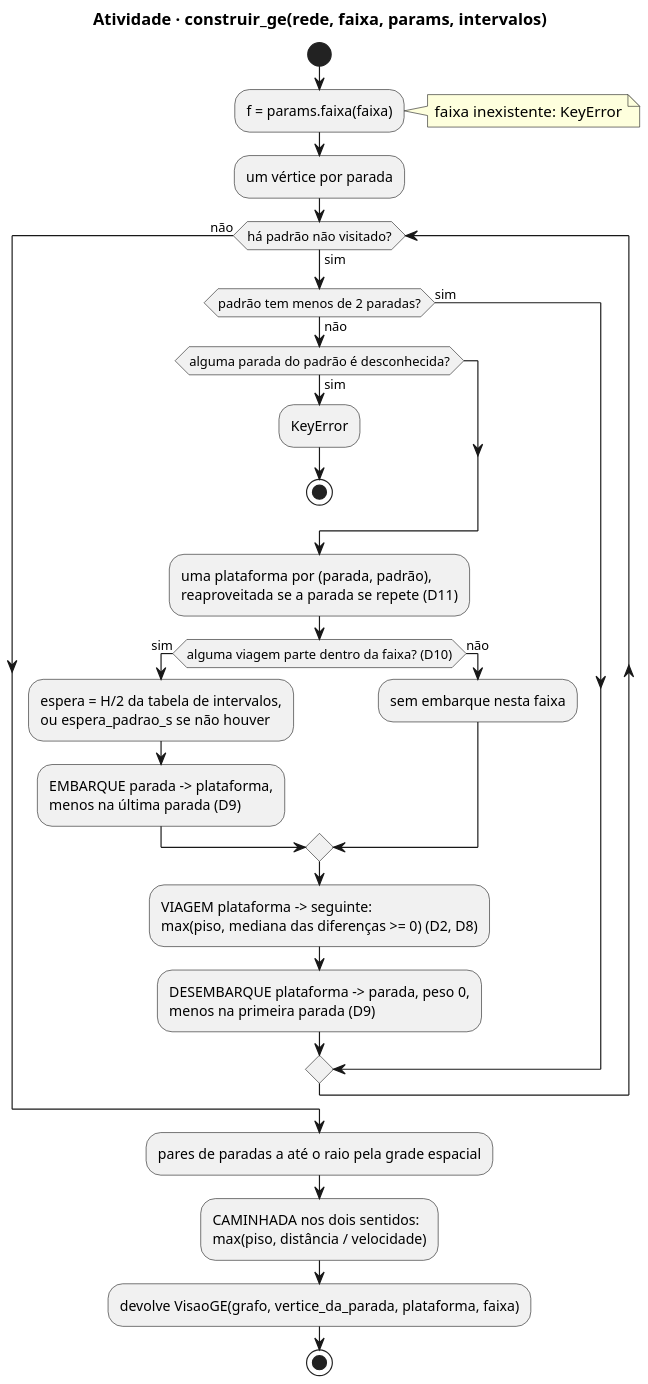
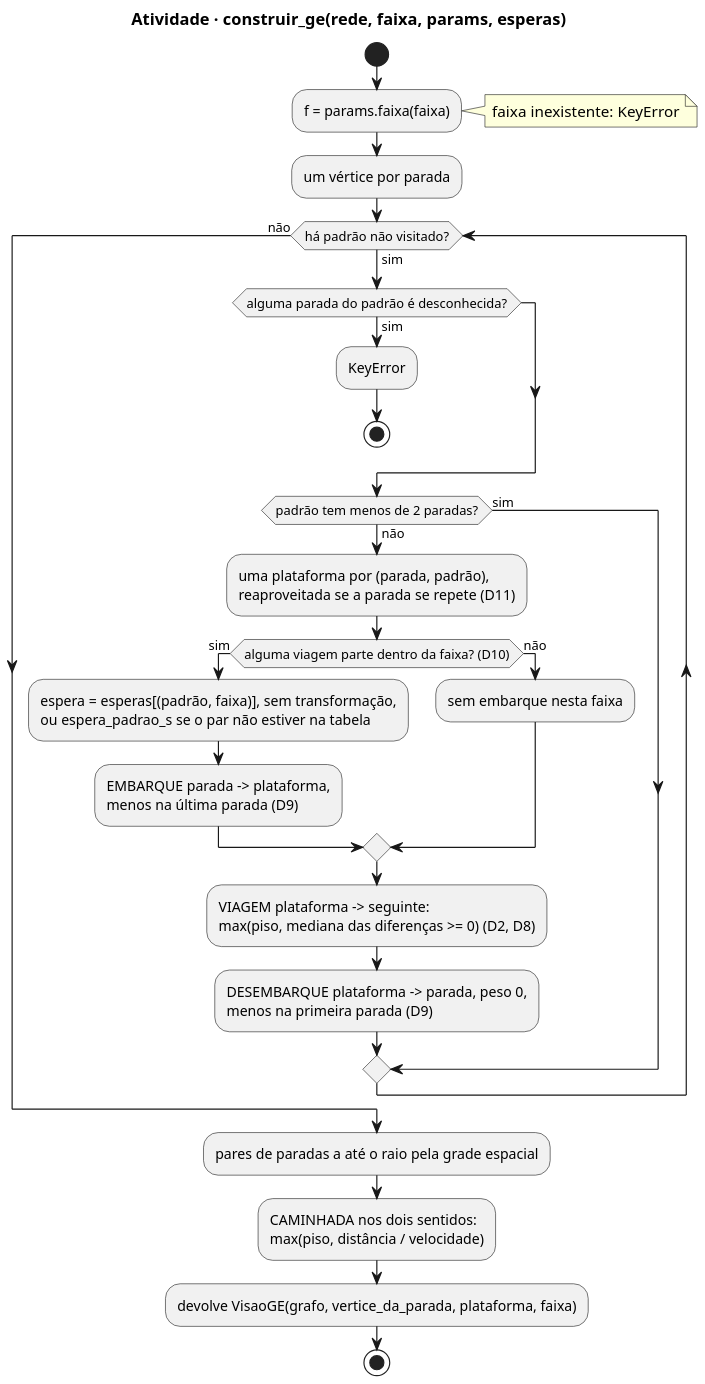
One commit to henriquegdc/grafos-transporte-bh changed the diagram in docs/diagramas/atividade-construir-ge.puml. Above: the diagram before and after it, drawn with PlantUML. The commit also changed 1 other file, not shown here.

Commit message:
docs(P0-MODELO): atividade de construir_ge com esperas e Plano com heapq e benchmarks
O diagrama ainda descrevia o construtor que recebia intervalos e tirava H/2, e passa a conferir as paradas antes de ignorar padrão curto; o Plano cita o heapq barrado pelo hook do #43 e a NetworkX nos scripts de medição (revisão do #41, itens 1 e 2).

```diff
--- a/docs/diagramas/atividade-construir-ge.puml
+++ b/docs/diagramas/atividade-construir-ge.puml
@@ -1,40 +1,40 @@
 @startuml atividade-construir-ge
 ' Diagrama de atividade de construir_ge (P0-MODELO, RF-GRF-05).
 ' Estado: implementado. Código: src/transporte/modelo/construtores.py.
 !pragma layout smetana
 skinparam dpi 150
-title Atividade · construir_ge(rede, faixa, params, intervalos)
+title Atividade · construir_ge(rede, faixa, params, esperas)
 
 start
 :f = params.faixa(faixa);
 note right: faixa inexistente: KeyError
 :um vértice por parada;
 while (há padrão não visitado?) is (sim)
+  if (alguma parada do padrão é desconhecida?) then (sim)
+    :KeyError;
+    stop
+  endif
   if (padrão tem menos de 2 paradas?) then (sim)
   else (não)
-    if (alguma parada do padrão é desconhecida?) then (sim)
-      :KeyError;
-      stop
-    endif
     :uma plataforma por (parada, padrão),
     reaproveitada se a parada se repete (D11);
     if (alguma viagem parte dentro da faixa? (D10)) then (sim)
-      :espera = H/2 da tabela de intervalos,
-      ou espera_padrao_s se não houver;
+      :espera = esperas[(padrão, faixa)], sem transformação,
+      ou espera_padrao_s se o par não estiver na tabela;
       :EMBARQUE parada -> plataforma,
       menos na última parada (D9);
     else (não)
       :sem embarque nesta faixa;
     endif
     :VIAGEM plataforma -> seguinte:
     max(piso, mediana das diferenças >= 0) (D2, D8);
     :DESEMBARQUE plataforma -> parada, peso 0,
     menos na primeira parada (D9);
   endif
 endwhile (não)
 :pares de paradas a até o raio pela grade espacial;
 :CAMINHADA nos dois sentidos:
 max(piso, distância / velocidade);
 :devolve VisaoGE(grafo, vertice_da_parada, plataforma, faixa);
 stop
 @enduml
```
